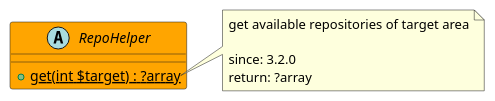
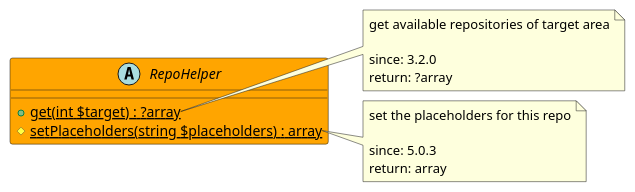
One commit to joomengine/jcb-compiler changed the diagram in src/c6619b00-261c-473b-8094-d4fe9e6bab39/README.md. Above: the diagram before and after it, drawn with PlantUML. The commit also changed 213 other files, not shown here.

````diff
--- a/src/c6619b00-261c-473b-8094-d4fe9e6bab39/README.md
+++ b/src/c6619b00-261c-473b-8094-d4fe9e6bab39/README.md
@@ -12,15 +12,23 @@
 ```uml
 @startuml
 abstract RepoHelper  #Orange {
   + {static} get(int $target) : ?array
+  # {static} setPlaceholders(string $placeholders) : array
 }
 
 note right of RepoHelper::get
   get available repositories of target area
 
   since: 3.2.0
   return: ?array
 end note
+
+note right of RepoHelper::setPlaceholders
+  set the placeholders for this repo
+
+  since: 5.0.3
+  return: array
+end note
  
 @enduml
 ```
````
